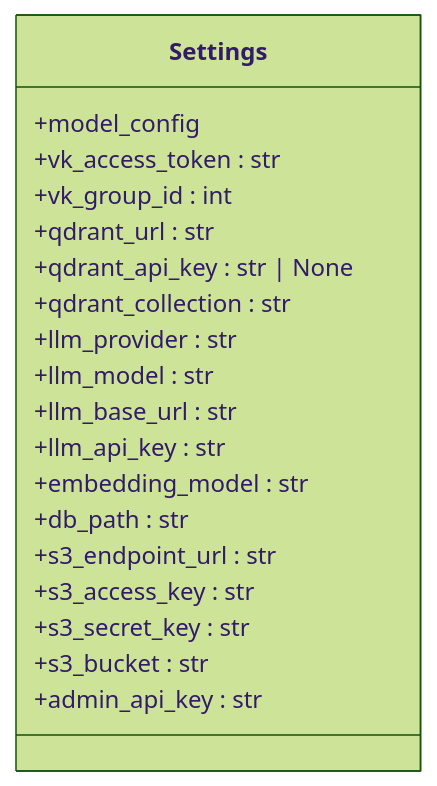
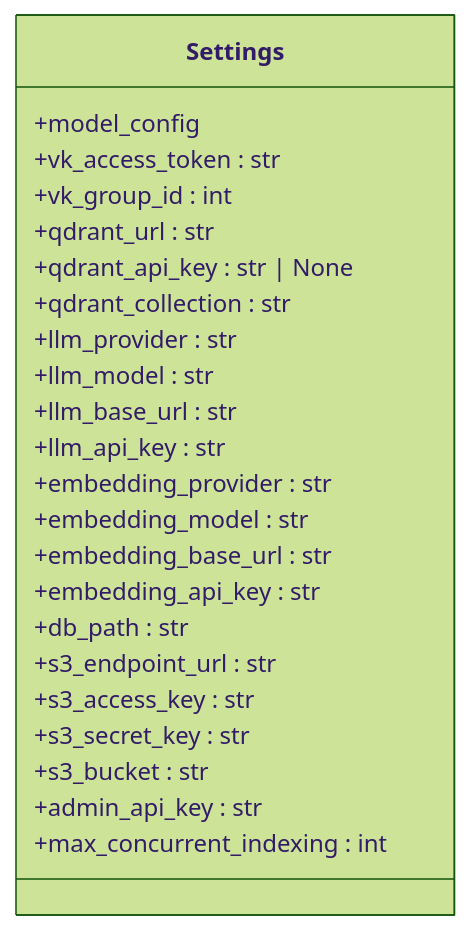
One commit to ognelis/cafetera_hr_bot changed the third of 10 diagrams in .qoder/repowiki/en/content/Configuration Management.md. Above: the diagram before and after it, drawn with Mermaid (forest theme). The commit also changed other lines of this file and 7 other files, not shown here.

````diff
--- a/.qoder/repowiki/en/content/Configuration Management.md
+++ b/.qoder/repowiki/en/content/Configuration Management.md
@@ -180,22 +212,26 @@
 ```mermaid
 classDiagram
 class Settings {
 +model_config
 +vk_access_token : str
 +vk_group_id : int
 +qdrant_url : str
 +qdrant_api_key : str | None
 +qdrant_collection : str
 +llm_provider : str
 +llm_model : str
 +llm_base_url : str
 +llm_api_key : str
++embedding_provider : str
 +embedding_model : str
++embedding_base_url : str
++embedding_api_key : str
 +db_path : str
 +s3_endpoint_url : str
 +s3_access_key : str
 +s3_secret_key : str
 +s3_bucket : str
 +admin_api_key : str
++max_concurrent_indexing : int
 }
 ```
````
